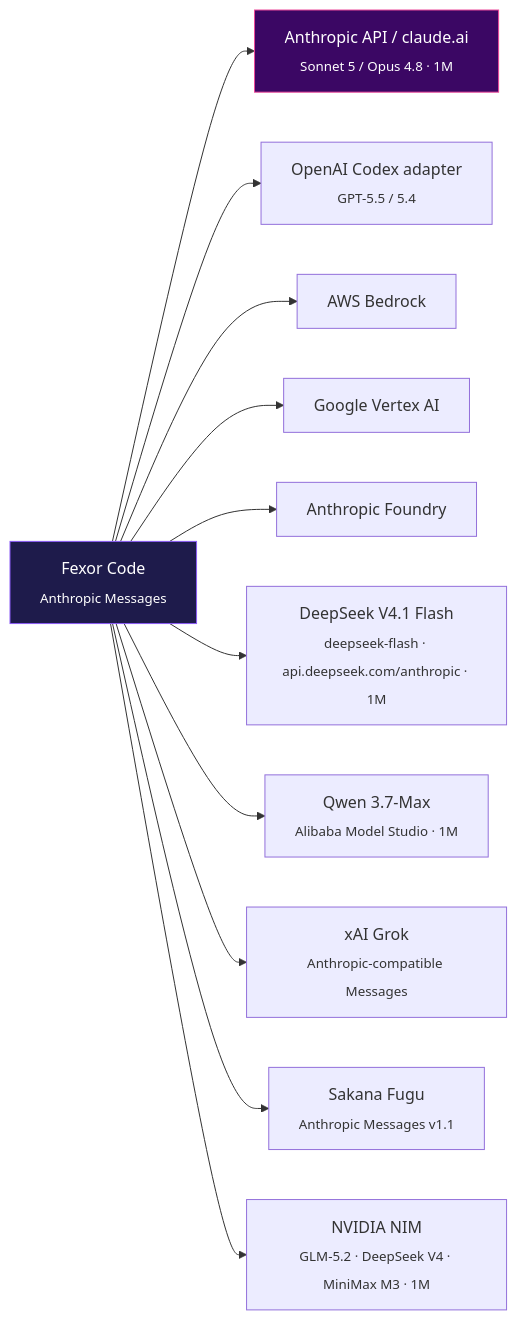
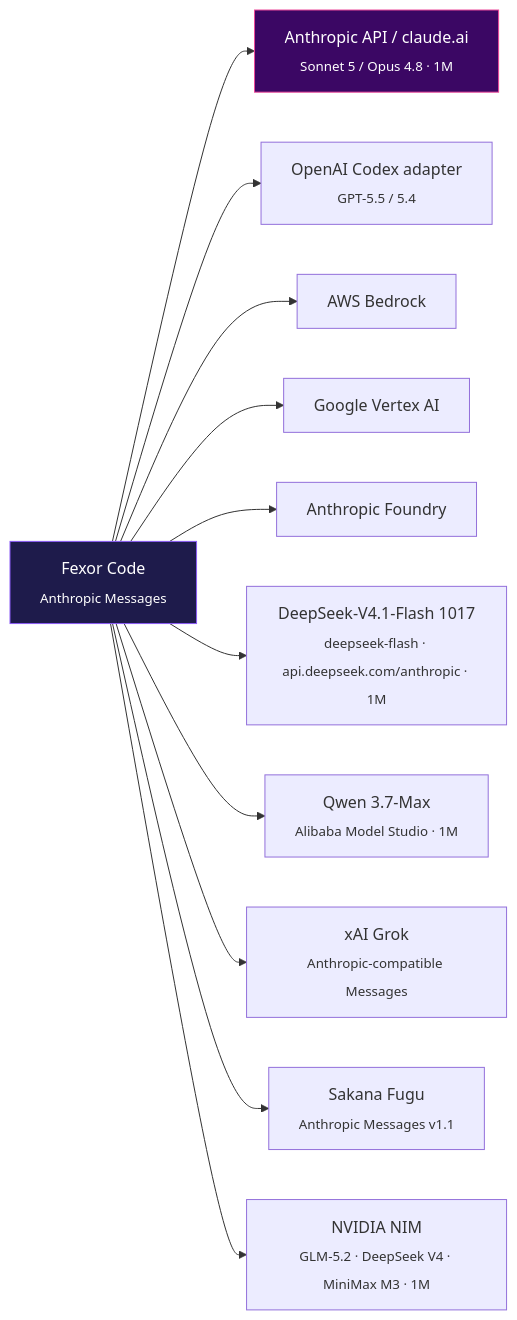
Before and after one commit to jennofrie/fexor-code: the fourth of 4 diagrams in README.md, drawn with Mermaid. The commit also changed other lines of this file and 35 other files, not shown here.

````diff
--- a/README.md
+++ b/README.md
@@ -146,17 +212,17 @@
 ```mermaid
 flowchart LR
     APP["Fexor Code<br/><sub>Anthropic Messages</sub>"]
     APP --> ANT["Anthropic API / claude.ai<br/><sub>Sonnet 5 / Opus 4.8 · 1M</sub>"]
     APP --> CODEX["OpenAI Codex adapter<br/><sub>GPT-5.5 / 5.4</sub>"]
     APP --> BR["AWS Bedrock"]
     APP --> VX["Google Vertex AI"]
     APP --> FD["Anthropic Foundry"]
-    APP --> DS["DeepSeek V4.1 Flash<br/><sub>deepseek-flash · api.deepseek.com/anthropic · 1M</sub>"]
+    APP --> DS["DeepSeek-V4.1-Flash 1017<br/><sub>deepseek-flash · api.deepseek.com/anthropic · 1M</sub>"]
     APP --> QW["Qwen 3.7-Max<br/><sub>Alibaba Model Studio · 1M</sub>"]
     APP --> GROK["xAI Grok<br/><sub>Anthropic-compatible Messages</sub>"]
     APP --> SK["Sakana Fugu<br/><sub>Anthropic Messages v1.1</sub>"]
     APP --> NV["NVIDIA NIM<br/><sub>GLM-5.2 · DeepSeek V4 · MiniMax M3 · 1M</sub>"]
 
     style APP fill:#1e1b4b,stroke:#8b5cf6,color:#fff
     style ANT fill:#3b0764,stroke:#ec4899,color:#fff
 ```
````
